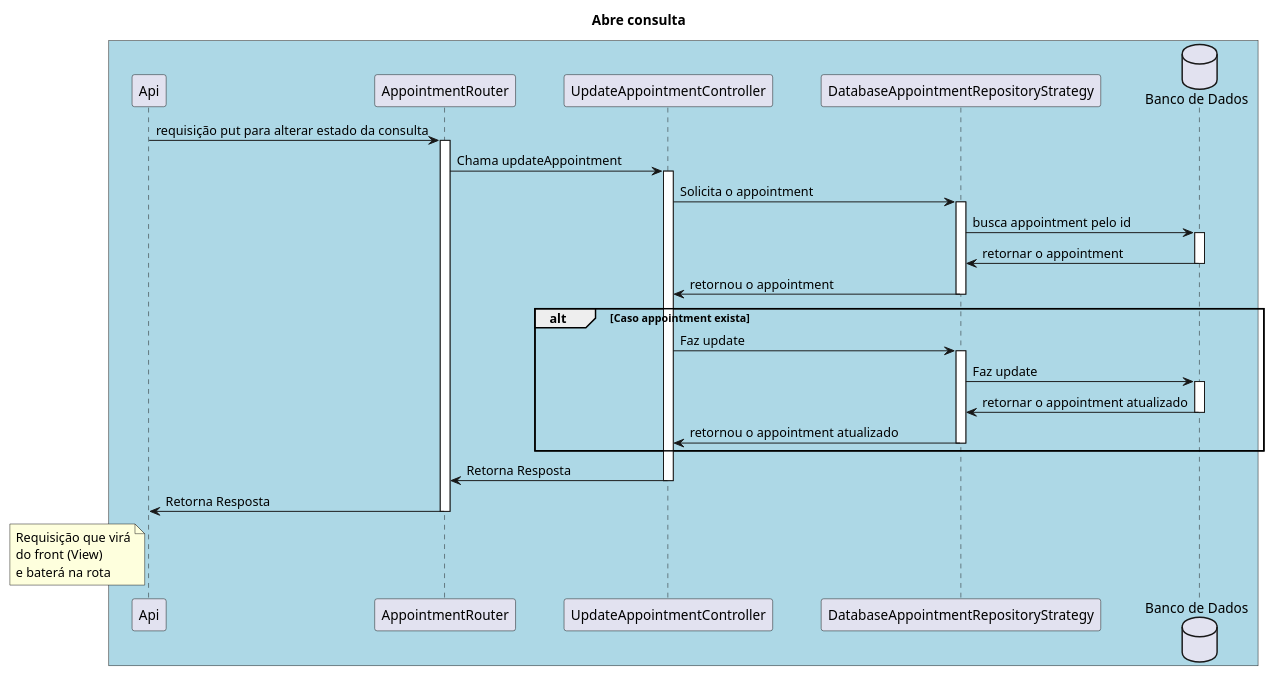
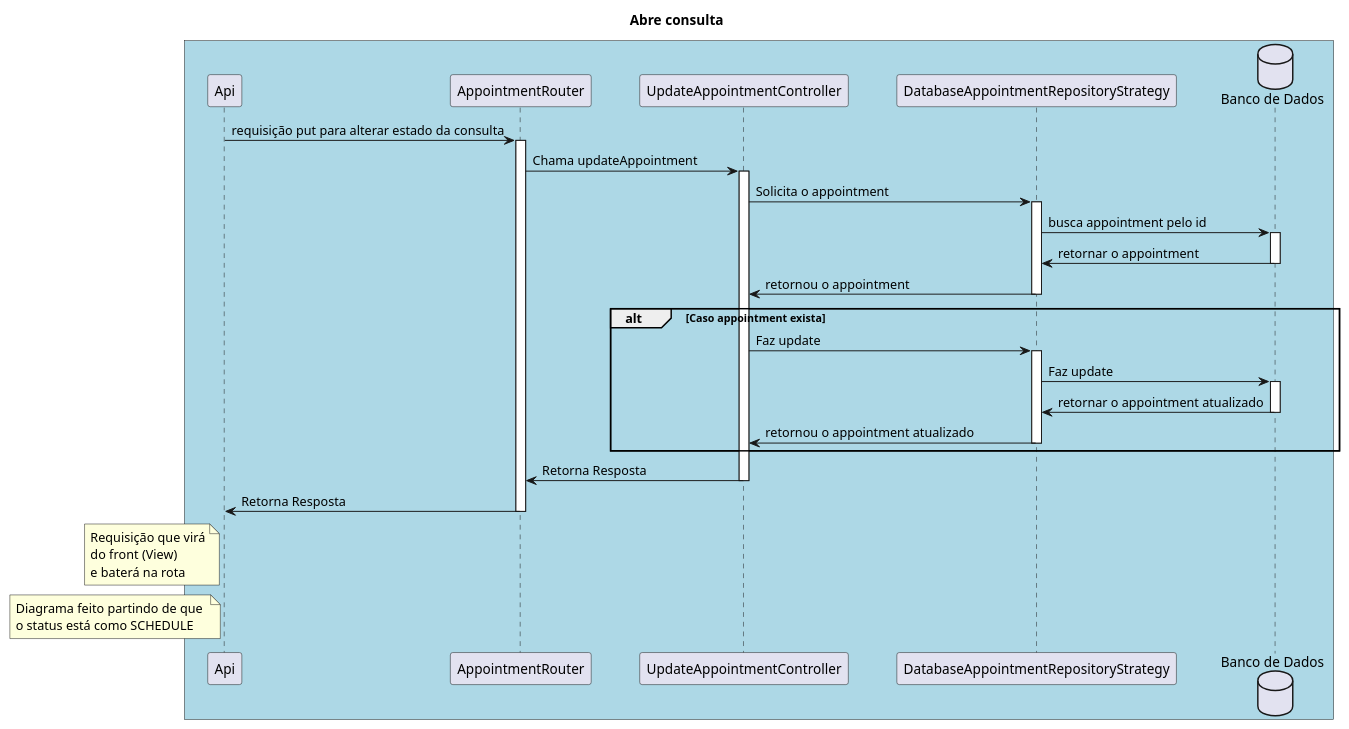
One commit to vaniacourses/projeto-software-robson-caetano changed the diagram in docs/sequencia/abre-consulta.puml. Above: the diagram before and after it, drawn with PlantUML. The commit also changed 1 other file, not shown here.

Commit message:
improvement 'agenda-conulta' sequence diagram

```diff
--- a/docs/sequencia/abre-consulta.puml
+++ b/docs/sequencia/abre-consulta.puml
@@ -1,53 +1,57 @@
 @startuml
 skinparam participantPadding 20
 skinparam boxPadding 10
 
 title "Abre consulta"
 
 box #LightBlue
 participant "Api" as A
 participant "AppointmentRouter" as R
 participant "UpdateAppointmentController" as C
 participant "DatabaseAppointmentRepositoryStrategy" as RP
 database "Banco de Dados" as DB
 
 A -> R: requisição put para alterar estado da consulta
 activate R
 R -> C: Chama updateAppointment
 activate C
 C -> RP: Solicita o appointment
 activate RP
 RP -> DB: busca appointment pelo id
 activate DB
 DB -> RP: retornar o appointment
 deactivate DB
 RP -> C: retornou o appointment
 deactivate RP
 
 alt Caso appointment exista
 
     C -> RP: Faz update
     activate RP
     RP -> DB: Faz update
     activate DB
     DB -> RP: retornar o appointment atualizado
     deactivate DB
     RP -> C: retornou o appointment atualizado
     deactivate RP
 end
 
 'Retorna resposta'
 C -> R: Retorna Resposta
 deactivate C
 R -> A: Retorna Resposta
 deactivate R
 
 note left of A
     Requisição que virá
     do front (View)
     e baterá na rota
     '/appointments'.
 end note
 
+note left of A
+    Diagrama feito partindo de que 
+    o status está como SCHEDULE
+end note
 
 @enduml
```
